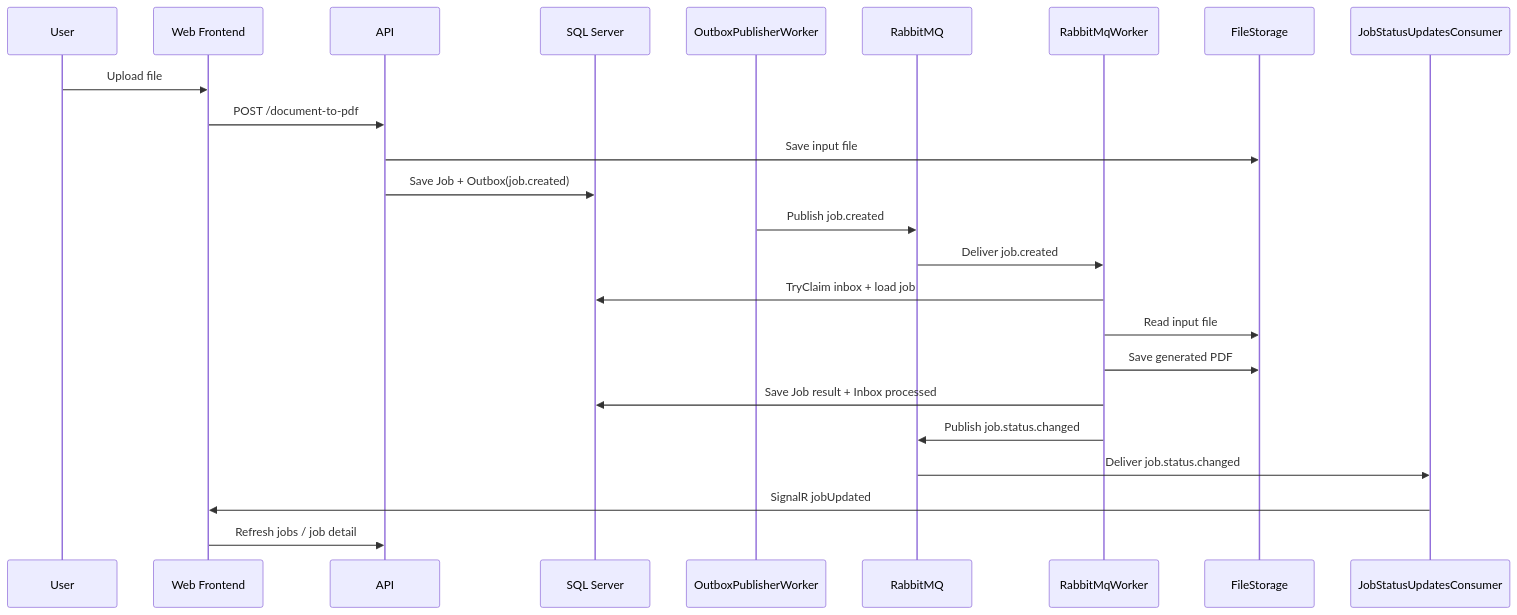
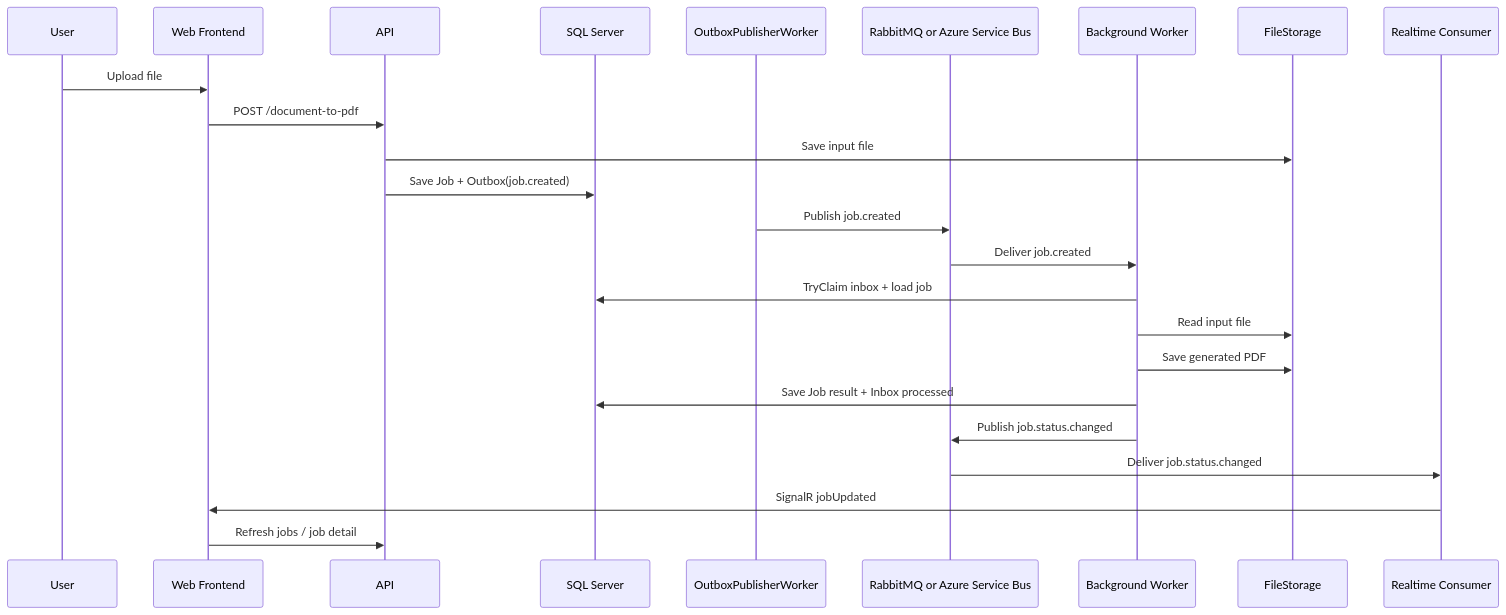
The second of 3 diagrams in README.md (haoyucheng369-gif/DocFlowCloud), drawn with Mermaid before and after one commit. The commit also changed other lines of this file and 7 other files, not shown here.

Commit message:
Refresh docs and testbed config for Key Vault and Service Bus

````diff
--- a/README.md
+++ b/README.md
@@ -78,27 +80,27 @@
 ```mermaid
 sequenceDiagram
     participant User
     participant Web as Web Frontend
     participant Api as API
     participant DB as SQL Server
     participant Outbox as OutboxPublisherWorker
-    participant MQ as RabbitMQ
-    participant Worker as RabbitMqWorker
+    participant MQ as RabbitMQ or Azure Service Bus
+    participant Worker as Background Worker
     participant Storage as FileStorage
-    participant Realtime as JobStatusUpdatesConsumer
+    participant Realtime as Realtime Consumer
 
     User->>Web: Upload file
     Web->>Api: POST /document-to-pdf
     Api->>Storage: Save input file
     Api->>DB: Save Job + Outbox(job.created)
     Outbox->>MQ: Publish job.created
     MQ->>Worker: Deliver job.created
     Worker->>DB: TryClaim inbox + load job
     Worker->>Storage: Read input file
     Worker->>Storage: Save generated PDF
     Worker->>DB: Save Job result + Inbox processed
     Worker->>MQ: Publish job.status.changed
     MQ->>Realtime: Deliver job.status.changed
     Realtime->>Web: SignalR jobUpdated
     Web->>Api: Refresh jobs / job detail
 ```
````
